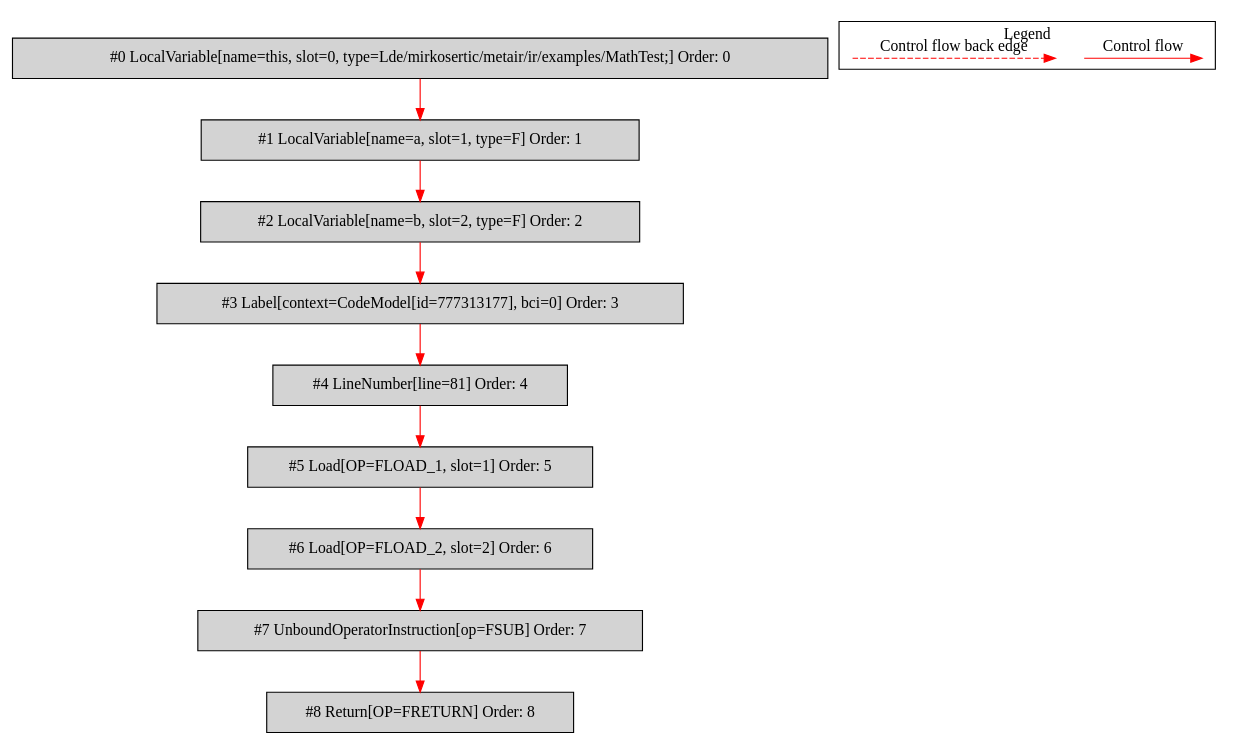
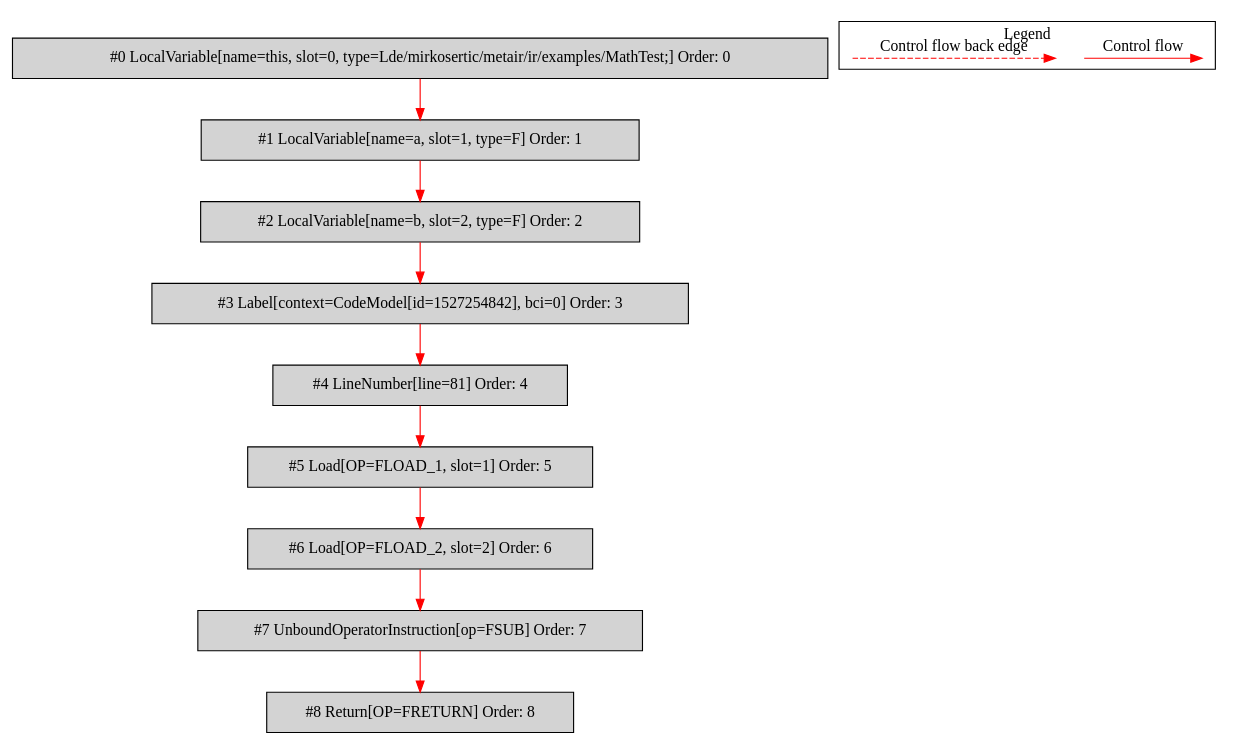
One commit to mirkosertic/MetaIR changed the diagram in de.mirkosertic.metair.ir.examples.MathTest/fsub/bytecodecfg.dot. Above: the diagram before and after it, drawn with Graphviz. The commit also changed 681 other files, not shown here.

```diff
--- a/de.mirkosertic.metair.ir.examples.MathTest/fsub/bytecodecfg.dot
+++ b/de.mirkosertic.metair.ir.examples.MathTest/fsub/bytecodecfg.dot
@@ -1,33 +1,33 @@
 digraph {
  node0[label="#0 LocalVariable[name=this, slot=0, type=Lde/mirkosertic/metair/ir/examples/MathTest;] Order: 0", shape=box, fillcolor=lightgrey, style=filled];
  node1[label="#1 LocalVariable[name=a, slot=1, type=F] Order: 1", shape=box, fillcolor=lightgrey, style=filled];
  node2[label="#2 LocalVariable[name=b, slot=2, type=F] Order: 2", shape=box, fillcolor=lightgrey, style=filled];
- node3[label="#3 Label[context=CodeModel[id=777313177], bci=0] Order: 3", shape=box, fillcolor=lightgrey, style=filled];
+ node3[label="#3 Label[context=CodeModel[id=1527254842], bci=0] Order: 3", shape=box, fillcolor=lightgrey, style=filled];
  node4[label="#4 LineNumber[line=81] Order: 4", shape=box, fillcolor=lightgrey, style=filled];
  node5[label="#5 Load[OP=FLOAD_1, slot=1] Order: 5", shape=box, fillcolor=lightgrey, style=filled];
  node6[label="#6 Load[OP=FLOAD_2, slot=2] Order: 6", shape=box, fillcolor=lightgrey, style=filled];
  node7[label="#7 UnboundOperatorInstruction[op=FSUB] Order: 7", shape=box, fillcolor=lightgrey, style=filled];
  node8[label="#8 Return[OP=FRETURN] Order: 8", shape=box, fillcolor=lightgrey, style=filled];
  node0 -> node1[color=red];
  node1 -> node2[color=red];
  node2 -> node3[color=red];
  node3 -> node4[color=red];
  node4 -> node5[color=red];
  node5 -> node6[color=red];
  node6 -> node7[color=red];
  node7 -> node8[color=red];
  subgraph cluster_000 {
   label = "Legend";
   node [shape=point]
   {
    rank=same;
    c0 [style = invis];
    c1 [style = invis];
    c2 [style = invis];
    c3 [style = invis];
   }
   c0 -> c1 [label="Control flow", style=solid, color=red]
   c2 -> c3 [label="Control flow back edge", style=dashed, color=red]
  }
 
 }
```
